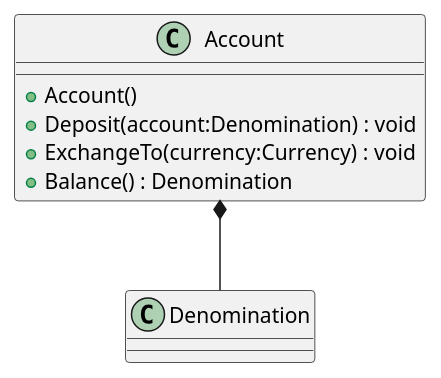
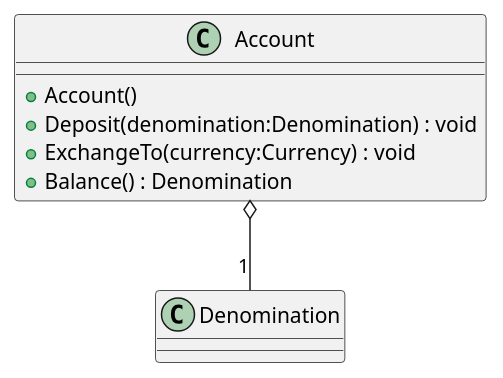
Before and after one commit to john-bartu/cut-oot: the diagram in TM_Lab_1/UMLParts/Account.puml, drawn with PlantUML. The commit also changed 8 other files, not shown here.

```diff
--- a/TM_Lab_1/UMLParts/Account.puml
+++ b/TM_Lab_1/UMLParts/Account.puml
@@ -1,11 +1,11 @@
 @startuml
 class Account {
 '    - _balance : Denomination
     + Account()
-    + Deposit(account:Denomination) : void
+    + Deposit(denomination:Denomination) : void
     + ExchangeTo(currency:Currency) : void
     + Balance() : Denomination
 }
 
-Account *-- Denomination 
+Account o-- "1" Denomination 
 @enduml
```
